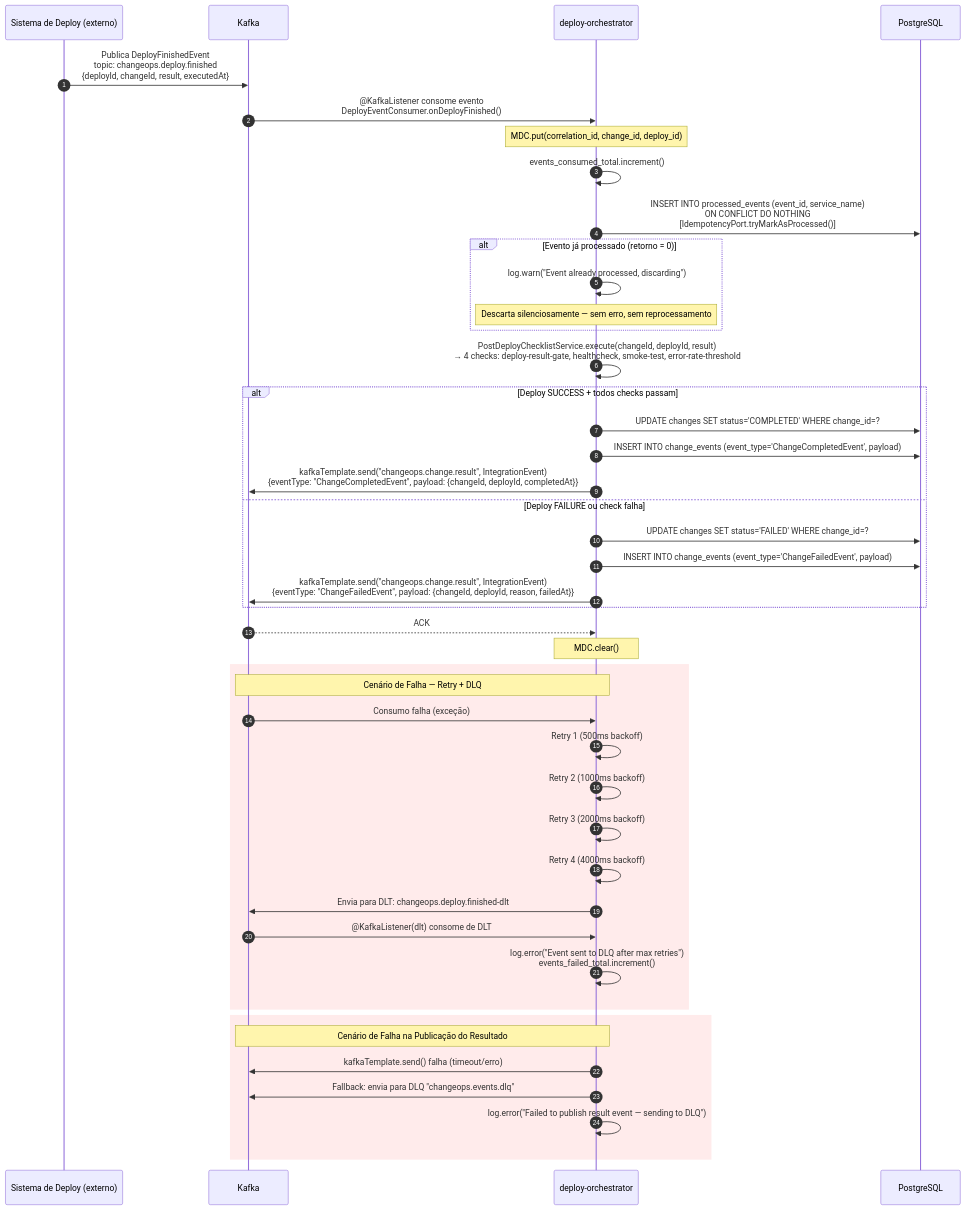
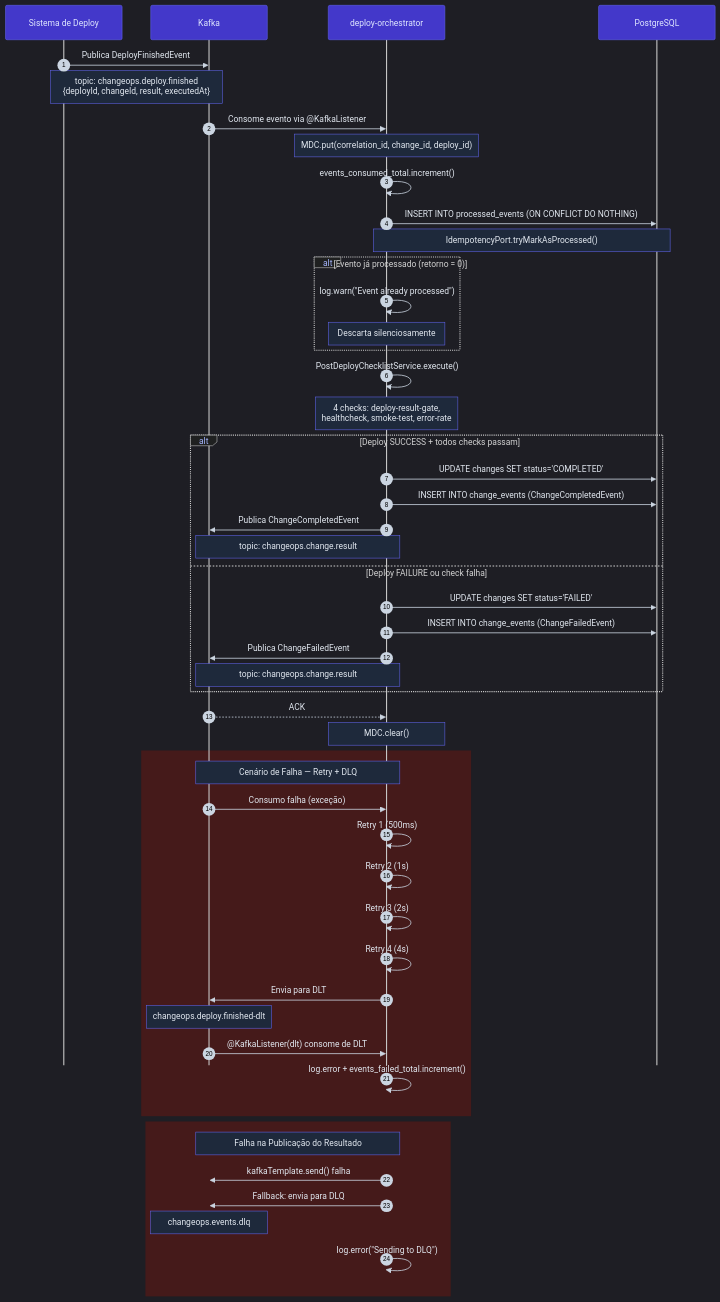
The sixth of 10 diagrams in docs/PROJETO_COMPLETO.md (claudecirmiranda/changeops), drawn with Mermaid before and after one commit. The commit also changed other lines of this file and 3 other files, not shown here.

First line of the commit message:
refactor: update container and sequence diagrams for ChangeOps Dashboard

````diff
--- a/docs/PROJETO_COMPLETO.md
+++ b/docs/PROJETO_COMPLETO.md
@@ -822,61 +949,68 @@
 ```mermaid
+%%{init: {'theme':'dark','themeVariables':{'fontSize':'14px','actorTextColor':'#E0E7FF','actorBkg':'#4338CA','actorBorder':'#6366F1','activationBorderColor':'#6366F1','signalColor':'#CBD5E1','signalTextColor':'#E2E8F0','noteBkgColor':'#1E293B','noteBorderColor':'#6366F1','noteTextColor':'#E2E8F0','altSectionBkgColor':'#0F172A','labelTextColor':'#A5B4FC'},'sequence':{'mirrorActors':false,'messageFontSize':14,'noteFontSize':13,'actorFontSize':15,'noteMargin':12,'messageMargin':40,'width':220}}}%%
 sequenceDiagram
     autonumber
-    participant ES as Sistema de Deploy (externo)
+    participant ES as Sistema de Deploy
     participant K as Kafka
     participant DO as deploy-orchestrator
     participant DB as PostgreSQL
 
-    ES->>K: Publica DeployFinishedEvent<br/>topic: changeops.deploy.finished<br/>{deployId, changeId, result, executedAt}
+    ES->>K: Publica DeployFinishedEvent
+    Note over ES,K: topic: changeops.deploy.finished<br/>{deployId, changeId, result, executedAt}
 
-    K->>DO: @KafkaListener consome evento<br/>DeployEventConsumer.onDeployFinished()
+    K->>DO: Consome evento via @KafkaListener
 
     Note over DO: MDC.put(correlation_id, change_id, deploy_id)
 
     DO->>DO: events_consumed_total.increment()
 
-    DO->>DB: INSERT INTO processed_events (event_id, service_name)<br/>ON CONFLICT DO NOTHING<br/>[IdempotencyPort.tryMarkAsProcessed()]
+    DO->>DB: INSERT INTO processed_events (ON CONFLICT DO NOTHING)
+    Note over DO,DB: IdempotencyPort.tryMarkAsProcessed()
 
     alt Evento já processado (retorno = 0)
-        DO->>DO: log.warn("Event already processed, discarding")
-        Note over DO: Descarta silenciosamente — sem erro, sem reprocessamento
+        DO->>DO: log.warn("Event already processed")
+        Note over DO: Descarta silenciosamente
     end
 
-    DO->>DO: PostDeployChecklistService.execute(changeId, deployId, result)<br/>→ 4 checks: deploy-result-gate, healthcheck, smoke-test, error-rate-threshold
+    DO->>DO: PostDeployChecklistService.execute()
+    Note over DO: 4 checks: deploy-result-gate,<br/>healthcheck, smoke-test, error-rate
 
     alt Deploy SUCCESS + todos checks passam
-        DO->>DB: UPDATE changes SET status='COMPLETED' WHERE change_id=?
-        DO->>DB: INSERT INTO change_events (event_type='ChangeCompletedEvent', payload)
-        DO->>K: kafkaTemplate.send("changeops.change.result", IntegrationEvent)<br/>{eventType: "ChangeCompletedEvent", payload: {changeId, deployId, completedAt}}
+        DO->>DB: UPDATE changes SET status='COMPLETED'
+        DO->>DB: INSERT INTO change_events (ChangeCompletedEvent)
+        DO->>K: Publica ChangeCompletedEvent
+        Note over DO,K: topic: changeops.change.result
     else Deploy FAILURE ou check falha
-        DO->>DB: UPDATE changes SET status='FAILED' WHERE change_id=?
-        DO->>DB: INSERT INTO change_events (event_type='ChangeFailedEvent', payload)
-        DO->>K: kafkaTemplate.send("changeops.change.result", IntegrationEvent)<br/>{eventType: "ChangeFailedEvent", payload: {changeId, deployId, reason, failedAt}}
+        DO->>DB: UPDATE changes SET status='FAILED'
+        DO->>DB: INSERT INTO change_events (ChangeFailedEvent)
+        DO->>K: Publica ChangeFailedEvent
+        Note over DO,K: topic: changeops.change.result
     end
 
     K-->>DO: ACK
-
     Note over DO: MDC.clear()
 
-    rect rgb(255, 235, 235)
+    rect rgb(69, 26, 26)
         Note over K,DO: Cenário de Falha — Retry + DLQ
 
         K->>DO: Consumo falha (exceção)
-        DO->>DO: Retry 1 (500ms backoff)
-        DO->>DO: Retry 2 (1000ms backoff)
-        DO->>DO: Retry 3 (2000ms backoff)
-        DO->>DO: Retry 4 (4000ms backoff)
-        DO->>K: Envia para DLT: changeops.deploy.finished-dlt
+        DO->>DO: Retry 1 (500ms)
+        DO->>DO: Retry 2 (1s)
+        DO->>DO: Retry 3 (2s)
+        DO->>DO: Retry 4 (4s)
+        DO->>K: Envia para DLT
+        Note over K: changeops.deploy.finished-dlt
 
         K->>DO: @KafkaListener(dlt) consome de DLT
-        DO->>DO: log.error("Event sent to DLQ after max retries")<br/>events_failed_total.increment()
+        DO->>DO: log.error + events_failed_total.increment()
     end
 
-    rect rgb(255, 235, 235)
-        Note over DO,K: Cenário de Falha na Publicação do Resultado
+    rect rgb(69, 26, 26)
+        Note over DO,K: Falha na Publicação do Resultado
 
-        DO->>K: kafkaTemplate.send() falha (timeout/erro)
-        DO->>K: Fallback: envia para DLQ "changeops.events.dlq"
-        DO->>DO: log.error("Failed to publish result event — sending to DLQ")
+        DO->>K: kafkaTemplate.send() falha
+        DO->>K: Fallback: envia para DLQ
+        Note over K: changeops.events.dlq
+        DO->>DO: log.error("Sending to DLQ")
     end
 ```
````
